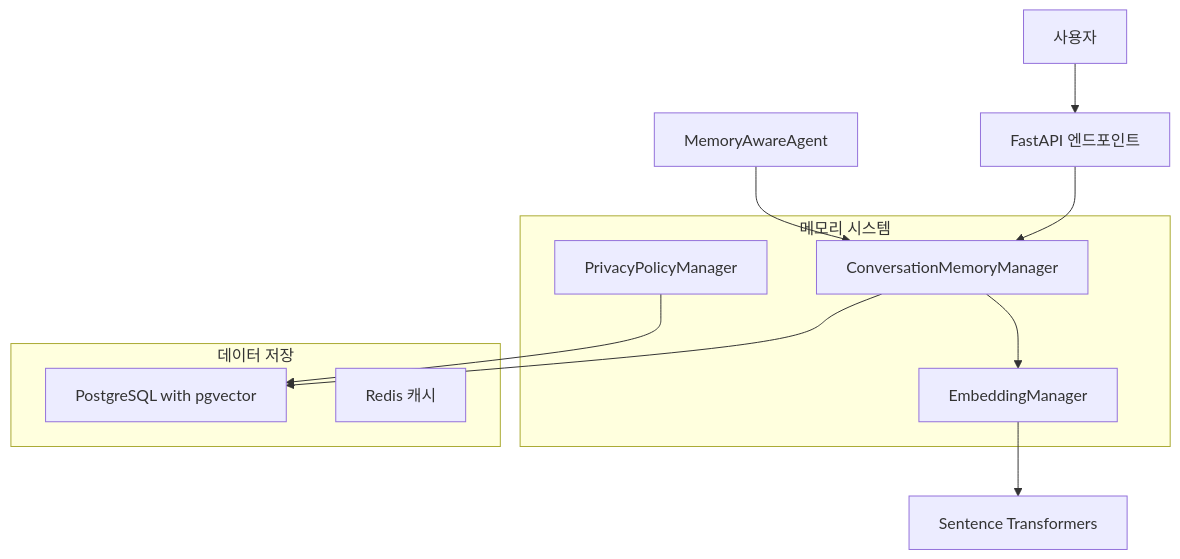
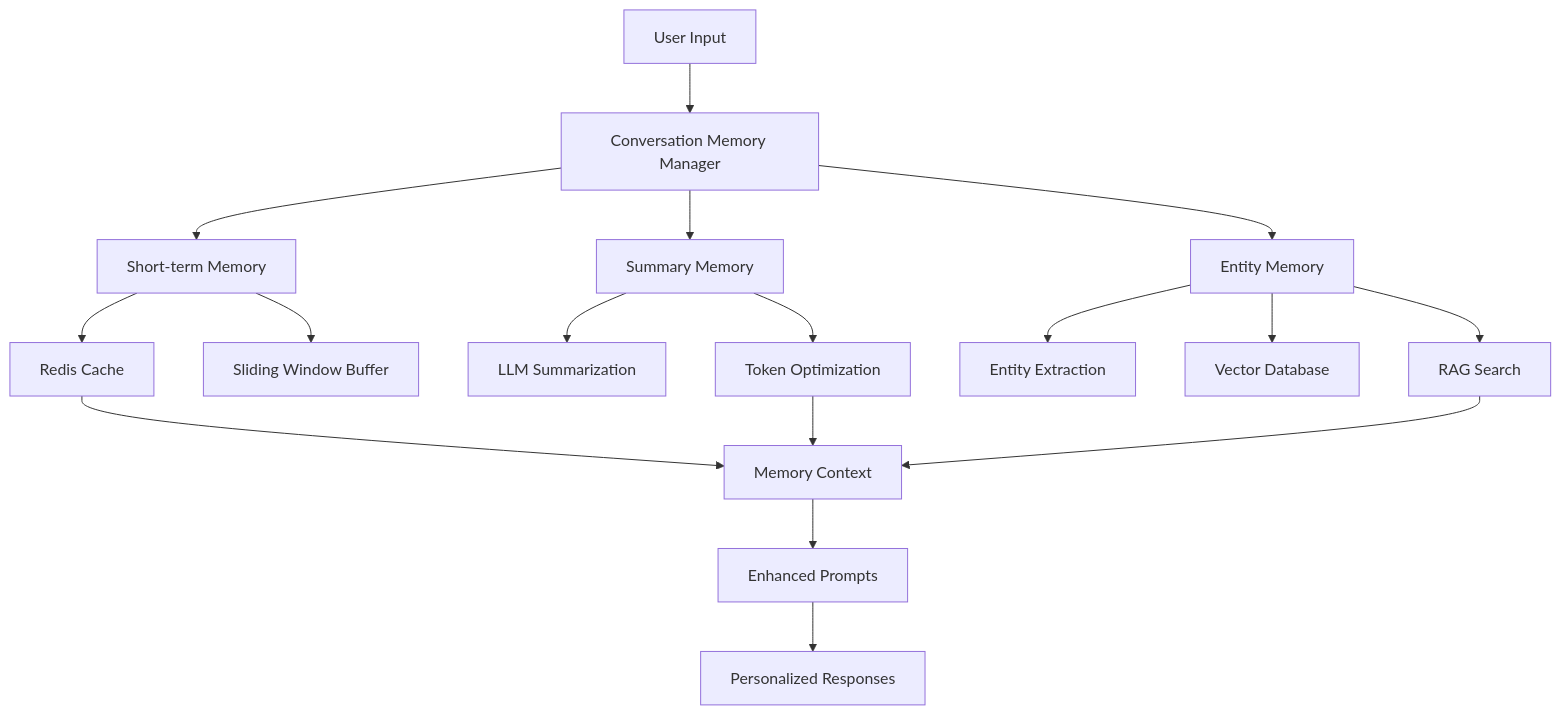
One commit to bingoring/project-maestro changed the diagram in docs/conversation_memory_system.md. Above: the diagram before and after it, drawn with Mermaid. The commit also changed other lines of this file, not shown here.

Commit message:
대화 메모리 시스템 문서 업데이트 - 구현 가이드 및 사용법 개선

````diff
--- a/docs/conversation_memory_system.md
+++ b/docs/conversation_memory_system.md
@@ -39,22 +9,24 @@
 ```mermaid
 graph TD
-    A[사용자] --> B[FastAPI 엔드포인트]
-    B --> C[ConversationMemoryManager]
-    C --> D[PostgreSQL with pgvector]
-    C --> E[EmbeddingManager]
-    E --> F[Sentence Transformers]
+    A[User Input] --> B[Conversation Memory Manager]
+    B --> C[Short-term Memory]
+    B --> D[Summary Memory] 
+    B --> E[Entity Memory]
     
-    G[MemoryAwareAgent] --> C
-    H[PrivacyPolicyManager] --> D
+    C --> F[Redis Cache]
+    C --> G[Sliding Window Buffer]
     
-    subgraph "메모리 시스템"
-        C
-        E
-        H
-    end
+    D --> H[LLM Summarization]
+    D --> I[Token Optimization]
     
-    subgraph "데이터 저장"
-        D
-        I[Redis 캐시]
-    end
+    E --> J[Entity Extraction]
+    E --> K[Vector Database]
+    E --> L[RAG Search]
+    
+    F --> M[Memory Context]
+    I --> M
+    L --> M
+    
+    M --> N[Enhanced Prompts]
+    N --> O[Personalized Responses]
 ```
````
